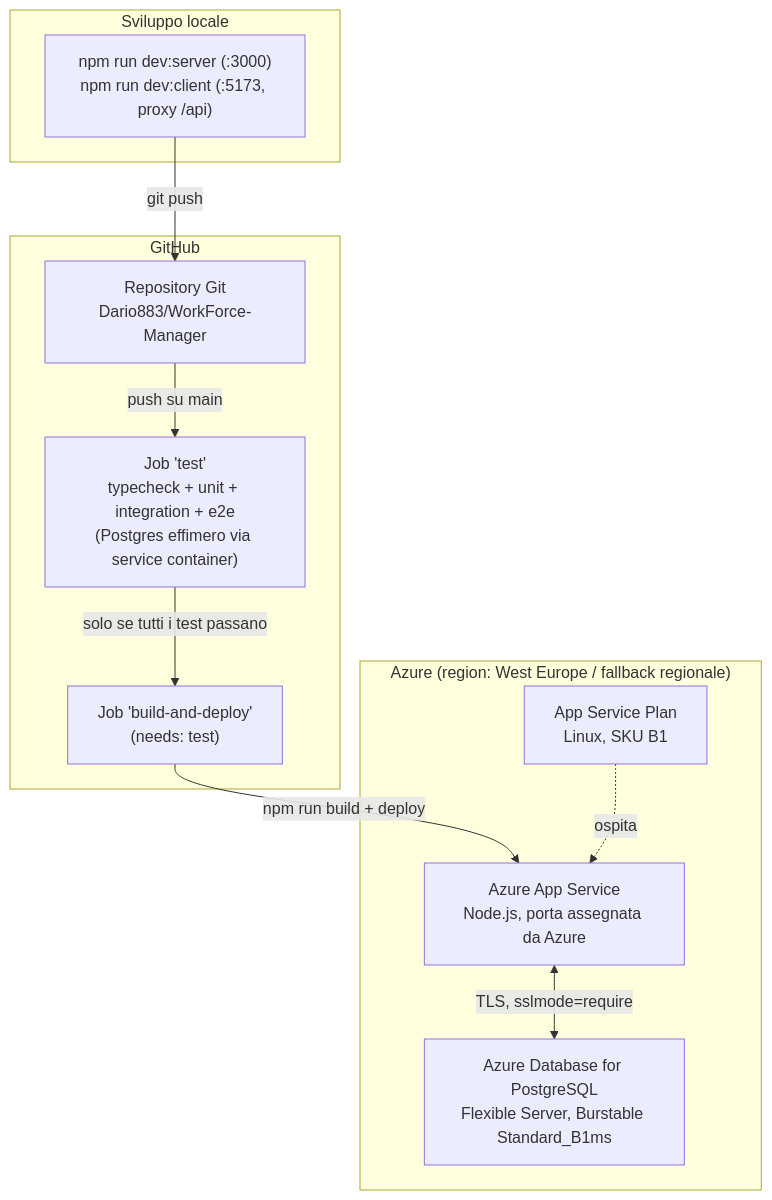
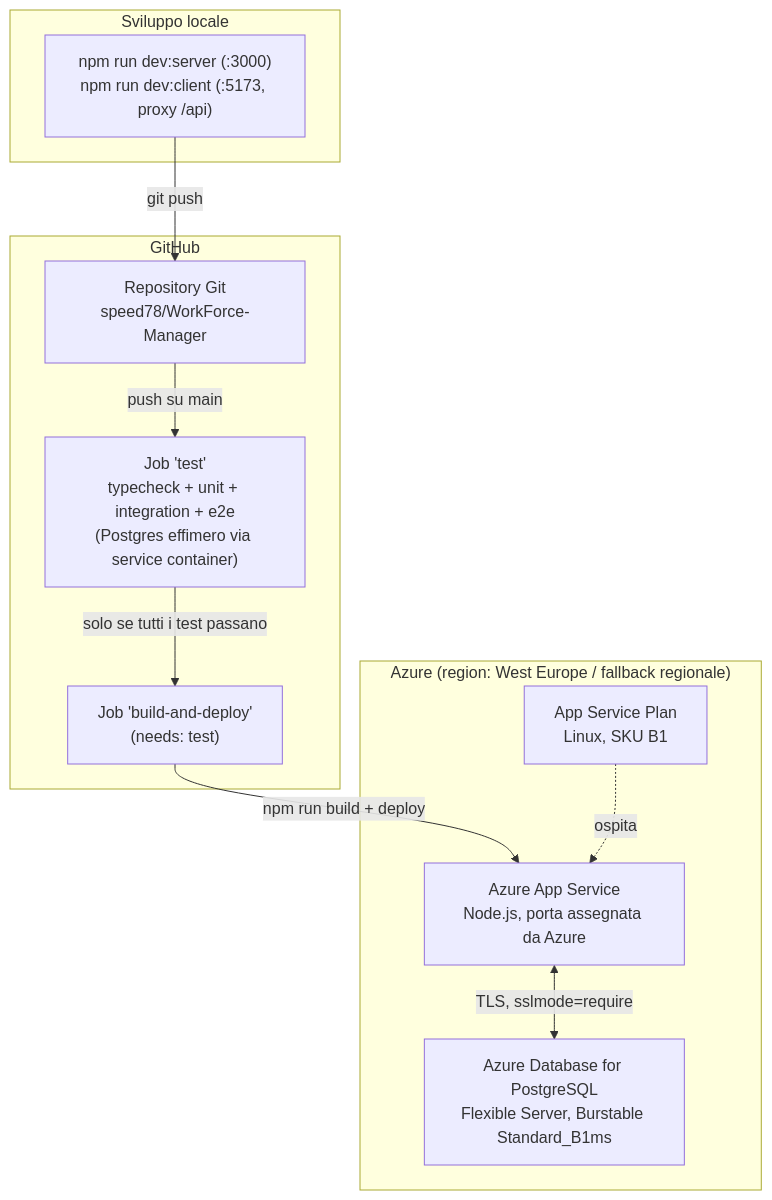
Before and after one commit to Dario883/WorkForce-Manager: the diagram in docs/diagrams/02-architettura-12.mmd, drawn with Mermaid. The commit also changed 2 other files, not shown here.

Commit message:
docs: refresh rendered architecture diagrams

```diff
--- a/docs/diagrams/02-architettura-12.mmd
+++ b/docs/diagrams/02-architettura-12.mmd
@@ -1,23 +1,23 @@
 flowchart TB
     subgraph Dev["Sviluppo locale"]
         DevMachine["npm run dev:server (:3000)<br/>npm run dev:client (:5173, proxy /api)"]
     end
 
     subgraph GitHub
-        Repo["Repository Git<br/>Dario883/WorkForce-Manager"]
+        Repo["Repository Git<br/>speed78/WorkForce-Manager"]
         TestJob["Job 'test'<br/>typecheck + unit + integration + e2e<br/>(Postgres effimero via service container)"]
         DeployJob["Job 'build-and-deploy'<br/>(needs: test)"]
     end
 
     subgraph Azure["Azure (region: West Europe / fallback regionale)"]
         Plan["App Service Plan<br/>Linux, SKU B1"]
         WebApp["Azure App Service<br/>Node.js, porta assegnata da Azure"]
         PG["Azure Database for PostgreSQL<br/>Flexible Server, Burstable Standard_B1ms"]
     end
 
     DevMachine -- git push --> Repo
     Repo -- "push su main" --> TestJob
     TestJob -- "solo se tutti i test passano" --> DeployJob
     DeployJob -- "npm run build + deploy" --> WebApp
     Plan -. ospita .-> WebApp
     WebApp <-- "TLS, sslmode=require" --> PG
```
